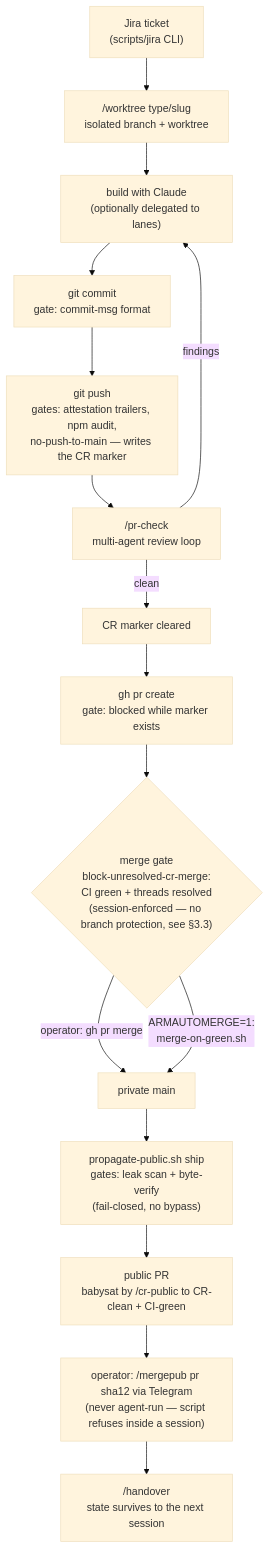
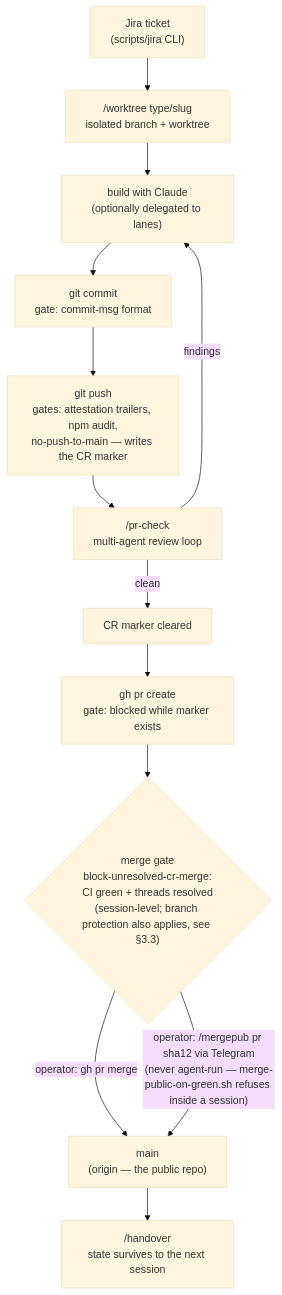
One commit to yotamleo/Himmel changed the first of 4 diagrams in docs/configuration.md. Above: the diagram before and after it, drawn with Mermaid (base theme). The commit also changed other lines of this file and 25 other files, not shown here.

First line of the commit message:
chore(repo): [HIMMEL-2865] retire the propagation machinery on public main (#592)

````diff
--- a/docs/configuration.md
+++ b/docs/configuration.md
@@ -68,18 +62,15 @@
 ```mermaid
 flowchart TD
     T["Jira ticket<br/>(scripts/jira CLI)"] --> W["/worktree type/slug<br/>isolated branch + worktree"]
     W --> B["build with Claude<br/>(optionally delegated to lanes)"]
     B --> C["git commit<br/>gate: commit-msg format"]
     C --> P["git push<br/>gates: attestation trailers, npm audit,<br/>no-push-to-main — writes the CR marker"]
     P --> R["/pr-check<br/>multi-agent review loop"]
     R -->|findings| B
     R -->|clean| CM["CR marker cleared"]
     CM --> PR["gh pr create<br/>gate: blocked while marker exists"]
-    PR --> M{"merge gate<br/>block-unresolved-cr-merge:<br/>CI green + threads resolved<br/>(session-enforced — no branch protection, see §3.3)"}
-    M -->|"operator: gh pr merge"| MAIN["private main"]
-    M -->|"ARMAUTOMERGE=1:<br/>merge-on-green.sh"| MAIN
-    MAIN --> PP["propagate-public.sh ship<br/>gates: leak scan + byte-verify<br/>(fail-closed, no bypass)"]
-    PP --> PUB["public PR<br/>babysat by /cr-public to CR-clean + CI-green"]
-    PUB --> MP["operator: /mergepub pr sha12 via Telegram<br/>(never agent-run — script refuses inside a session)"]
-    MP --> H["/handover<br/>state survives to the next session"]
+    PR --> M{"merge gate<br/>block-unresolved-cr-merge:<br/>CI green + threads resolved<br/>(session-level; branch protection also applies, see §3.3)"}
+    M -->|"operator: gh pr merge"| MAIN["main<br/>(origin — the public repo)"]
+    M -->|"operator: /mergepub pr sha12 via Telegram<br/>(never agent-run — merge-public-on-green.sh refuses inside a session)"| MAIN
+    MAIN --> H["/handover<br/>state survives to the next session"]
 ```
````
